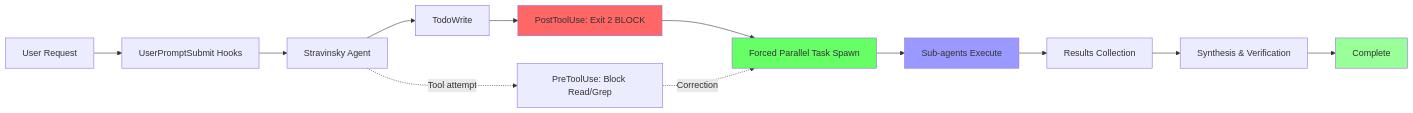
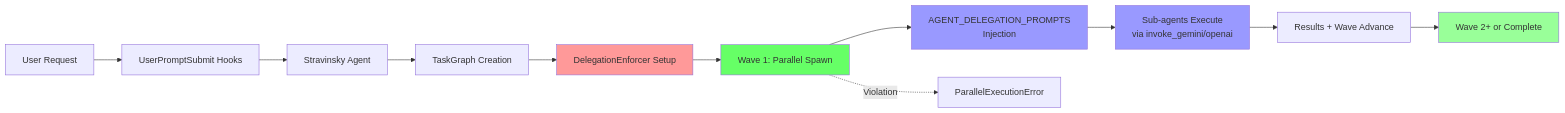
Before and after one commit to GratefulDave/stravinsky: the sixth of 6 diagrams in docs/architecture/AGENT_WORKFLOW.md, drawn with Mermaid. The commit also changed other lines of this file and 30 other files, not shown here.

First line of the commit message:
docs: comprehensive architecture documentation update for 7-Phase Orchestrator

````diff
--- a/docs/architecture/AGENT_WORKFLOW.md
+++ b/docs/architecture/AGENT_WORKFLOW.md
@@ -163,20 +200,20 @@
 ```mermaid
 flowchart LR
     A[User Request] --> B[UserPromptSubmit Hooks]
     B --> C[Stravinsky Agent]
-    C --> D[TodoWrite]
-    D --> E[PostToolUse: Exit 2 BLOCK]
-    E --> F[Forced Parallel Task Spawn]
-    F --> G[Sub-agents Execute]
-    G --> H[Results Collection]
-    H --> I[Synthesis & Verification]
-    I --> J[Complete]
+    C --> D[TaskGraph Creation]
+    D --> E[DelegationEnforcer Setup]
+    E --> F[Wave 1: Parallel Spawn]
+    F --> G[AGENT_DELEGATION_PROMPTS<br/>Injection]
+    G --> H[Sub-agents Execute<br/>via invoke_gemini/openai]
+    H --> I[Results + Wave Advance]
+    I --> J[Wave 2+ or Complete]
 
-    C -.->|Tool attempt| K[PreToolUse: Block Read/Grep]
-    K -.->|Correction| F
+    F -.->|Violation| K[ParallelExecutionError]
 
-    style E fill:#ff6666
+    style E fill:#ff9999
     style F fill:#66ff66
     style G fill:#9999ff
+    style H fill:#9999ff
     style J fill:#99ff99
 ```
````
